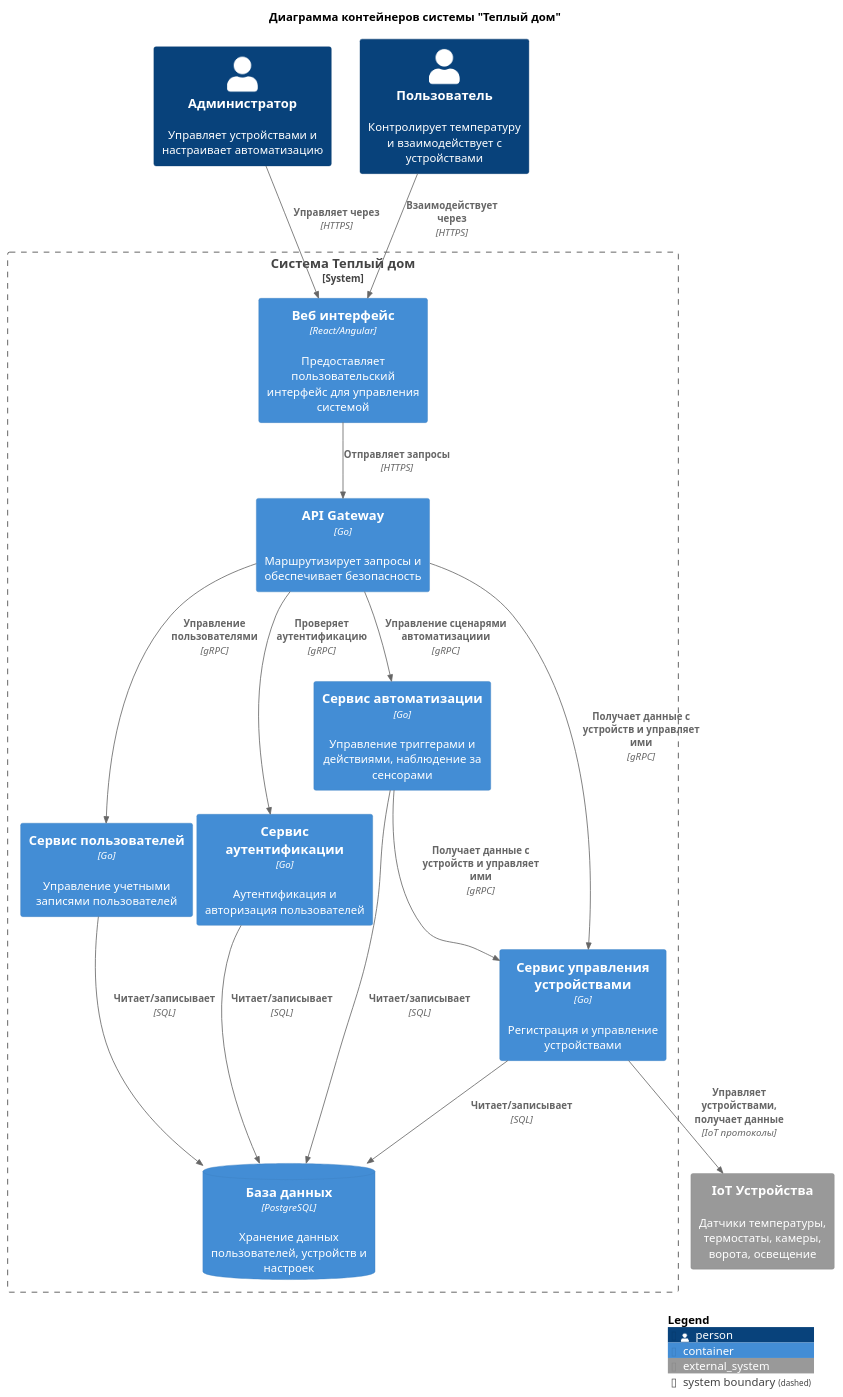
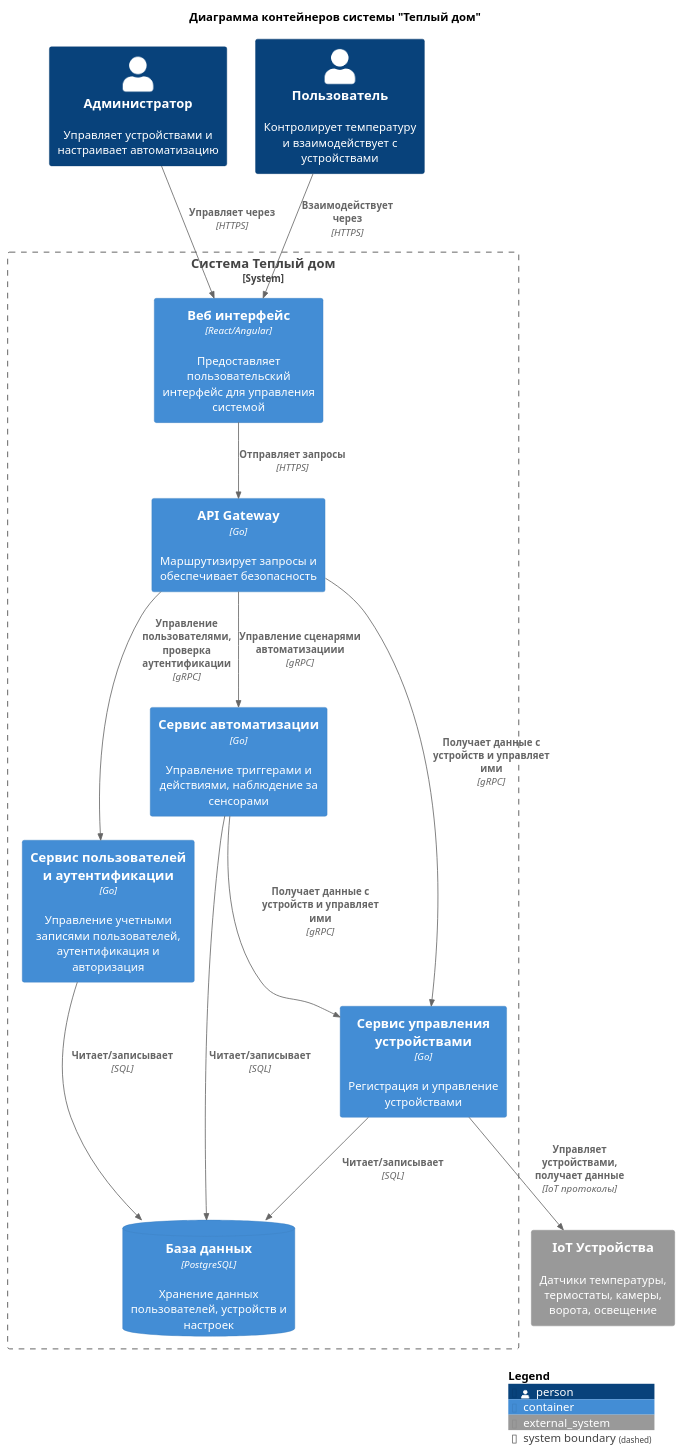
One commit to adilyas/architecture-warmhouse changed the diagram in architecture/container-diagram.puml. Above: the diagram before and after it, drawn with PlantUML. The commit also changed 5 other files, not shown here.

```diff
--- a/architecture/container-diagram.puml
+++ b/architecture/container-diagram.puml
@@ -1,43 +1,40 @@
 @startuml C4_Container
 !include https://raw.githubusercontent.com/plantuml-stdlib/C4-PlantUML/master/C4_Container.puml
 
 title Диаграмма контейнеров системы "Теплый дом"
 
 Person(admin, "Администратор", "Управляет устройствами и настраивает автоматизацию")
 Person(user, "Пользователь", "Контролирует температуру и взаимодействует с устройствами")
 
 System_Boundary(smart_home, "Система Теплый дом") {
     Container(web_app, "Веб интерфейс", "React/Angular", "Предоставляет пользовательский интерфейс для управления системой")
     Container(api_gateway, "API Gateway", "Go", "Маршрутизирует запросы и обеспечивает безопасность")
 
-    Container(auth_service, "Сервис аутентификации", "Go", "Аутентификация и авторизация пользователей")
     Container(device_service, "Сервис управления устройствами", "Go", "Регистрация и управление устройствами")
     Container(automation_service, "Сервис автоматизации", "Go", "Управление триггерами и действиями, наблюдение за сенсорами")
-    Container(user_service, "Сервис пользователей", "Go", "Управление учетными записями пользователей")
+    Container(user_service, "Сервис пользователей и аутентификации", "Go", "Управление учетными записями пользователей, аутентификация и авторизация")
 
     ContainerDb(database, "База данных", "PostgreSQL", "Хранение данных пользователей, устройств и настроек")
 }
 
 System_Ext(iot_devices, "IoT Устройства", "Датчики температуры, термостаты, камеры, ворота, освещение")
 
 Rel(admin, web_app, "Управляет через", "HTTPS")
 Rel(user, web_app, "Взаимодействует через", "HTTPS")
 
 Rel(web_app, api_gateway, "Отправляет запросы", "HTTPS")
 
-Rel(api_gateway, auth_service, "Проверяет аутентификацию", "gRPC")
 Rel(api_gateway, device_service, "Получает данные с устройств и управляет ими", "gRPC")
 Rel(api_gateway, automation_service, "Управление сценарями автоматизациии", "gRPC")
-Rel(api_gateway, user_service, "Управление пользователями", "gRPC")
+Rel(api_gateway, user_service, "Управление пользователями, проверка аутентификации", "gRPC")
 
 Rel(automation_service, device_service, "Получает данные с устройств и управляет ими", "gRPC")
 
-Rel(auth_service, database, "Читает/записывает", "SQL")
 Rel(device_service, database, "Читает/записывает", "SQL")
 Rel(automation_service, database, "Читает/записывает", "SQL")
 Rel(user_service, database, "Читает/записывает", "SQL")
 
 Rel(device_service, iot_devices, "Управляет устройствами, получает данные", "IoT протоколы")
 
 SHOW_LEGEND()
 @enduml
```
